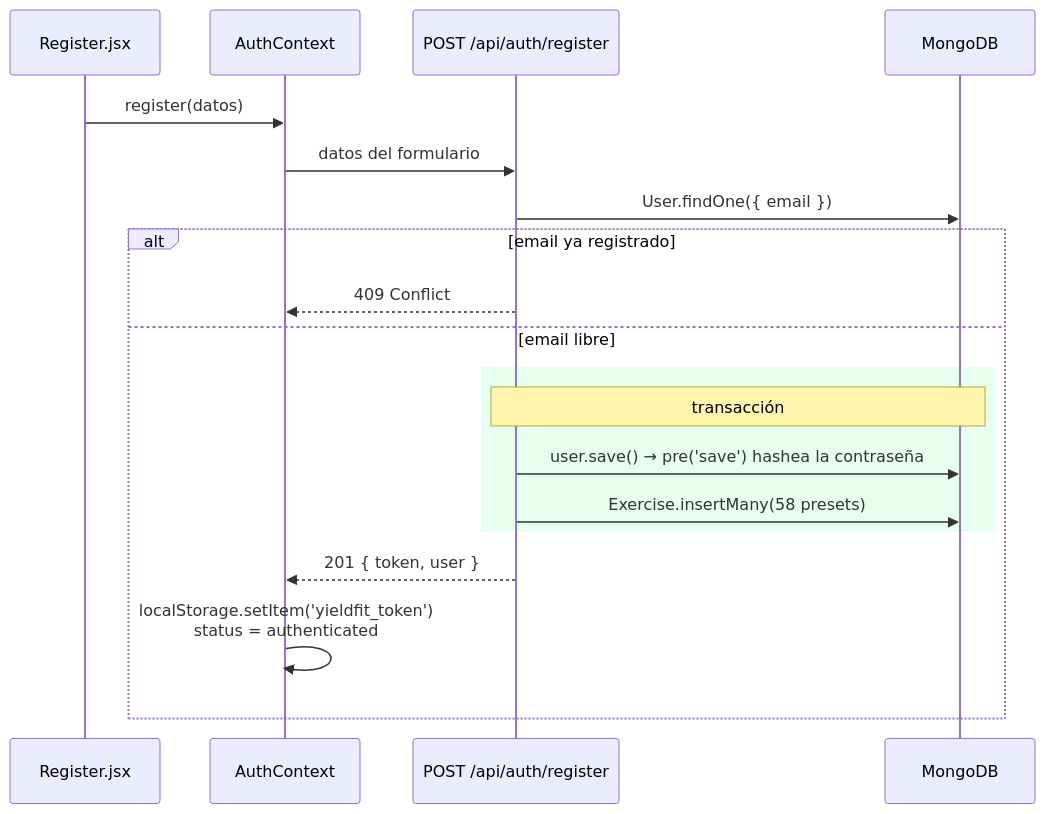
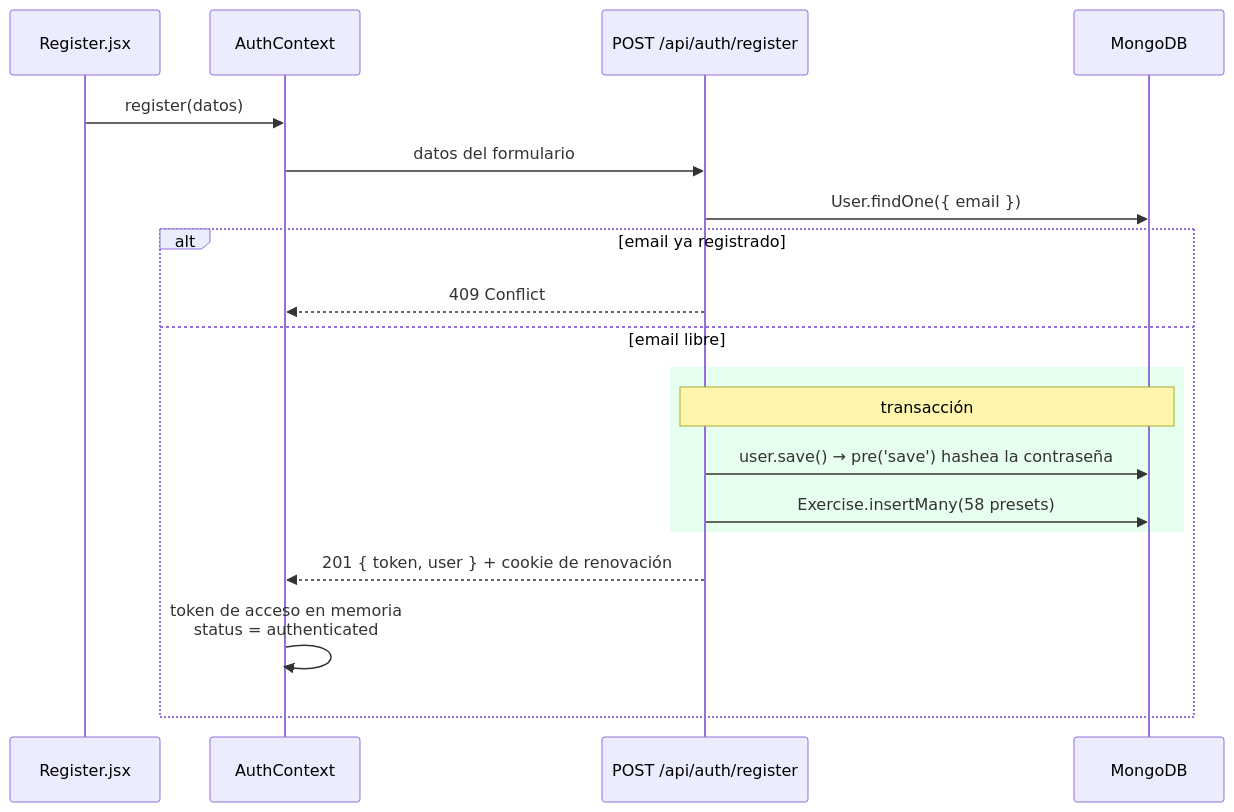
One commit to daviddhernandez2/yieldfit changed the first of 6 diagrams in docs/auth.md. Above: the diagram before and after it, drawn with Mermaid. The commit also changed other lines of this file, not shown here.

Commit message:
docs(auth): actualiza los diagramas al token en memoria

````diff
--- a/docs/auth.md
+++ b/docs/auth.md
@@ -30,22 +30,22 @@
 ```mermaid
 sequenceDiagram
     participant R as Register.jsx
     participant CTX as AuthContext
     participant API as POST /api/auth/register
     participant DB as MongoDB
 
     R->>CTX: register(datos)
     CTX->>API: datos del formulario
     API->>DB: User.findOne({ email })
     alt email ya registrado
         API-->>CTX: 409 Conflict
     else email libre
         rect rgba(62, 248, 126, 0.12)
         Note over API,DB: transacción
         API->>DB: user.save() → pre('save') hashea la contraseña
         API->>DB: Exercise.insertMany(58 presets)
         end
-        API-->>CTX: 201 { token, user }
-        CTX->>CTX: localStorage.setItem('yieldfit_token')<br/>status = authenticated
+        API-->>CTX: 201 { token, user } + cookie de renovación
+        CTX->>CTX: token de acceso en memoria<br/>status = authenticated
     end
 ```
````
